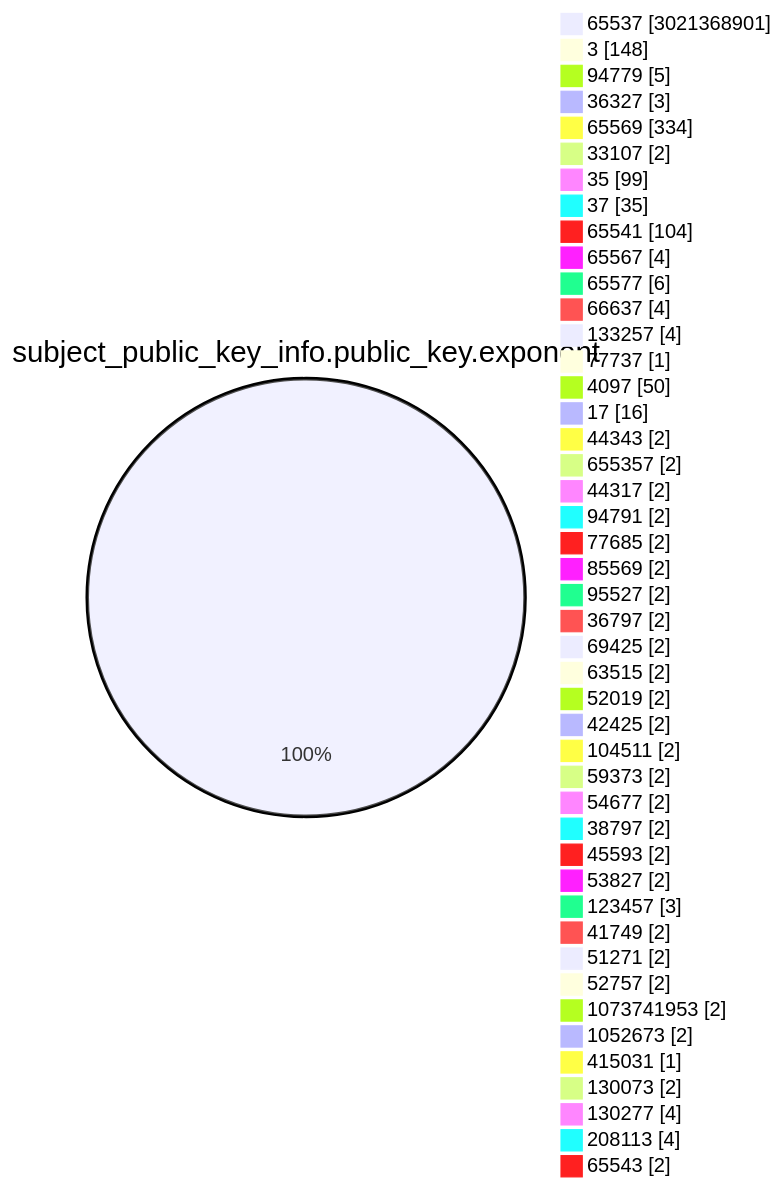
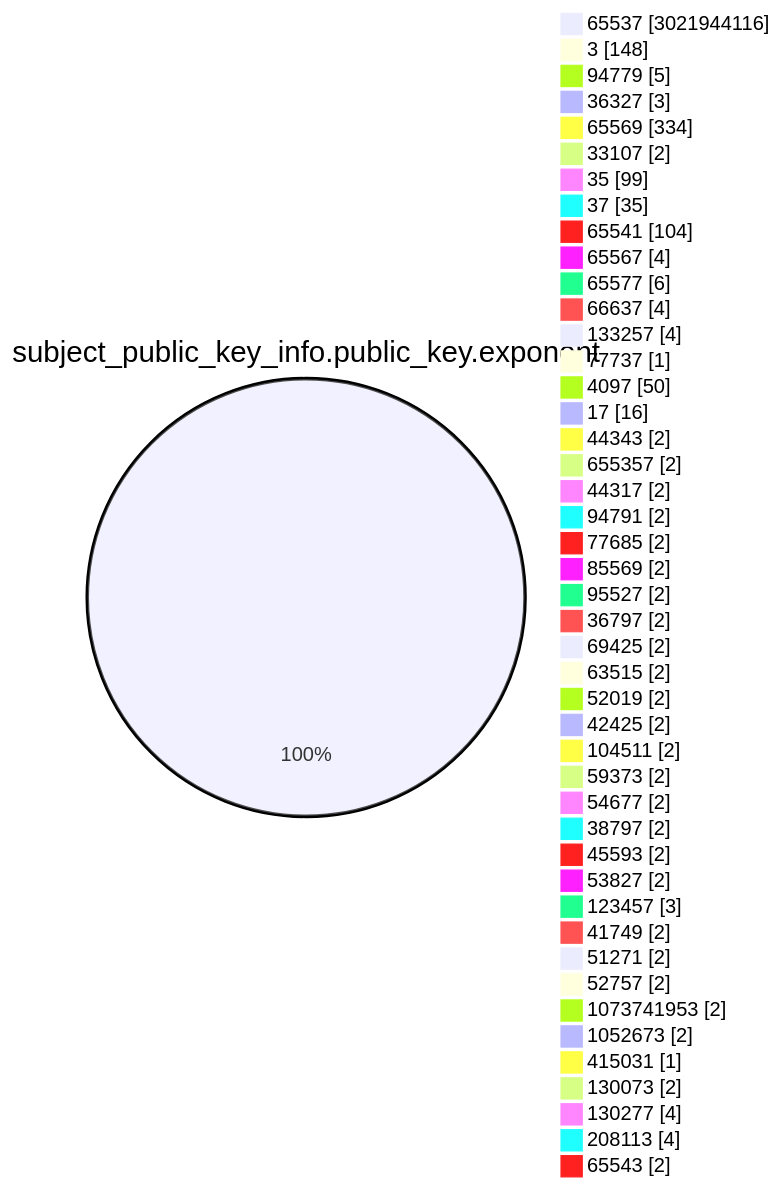
One commit to christiankrug/ctmonitor_visualization changed the fourth of 15 diagrams in TOTAL/README.md. Above: the diagram before and after it, drawn with Mermaid. The commit also changed other lines of this file, not shown here.

````diff
--- a/TOTAL/README.md
+++ b/TOTAL/README.md
@@ -1473,49 +1473,49 @@
 ```mermaid
 pie showData
 title subject_public_key_info.public_key.exponent
-"65537" :3021368901
+"65537" :3021944116
 "3" :148
 "94779" :5
 "36327" :3
 "65569" :334
 "33107" :2
 "35" :99
 "37" :35
 "65541" :104
 "65567" :4
 "65577" :6
 "66637" :4
 "133257" :4
 "77737" :1
 "4097" :50
 "17" :16
 "44343" :2
 "655357" :2
 "44317" :2
 "94791" :2
 "77685" :2
 "85569" :2
 "95527" :2
 "36797" :2
 "69425" :2
 "63515" :2
 "52019" :2
 "42425" :2
 "104511" :2
 "59373" :2
 "54677" :2
 "38797" :2
 "45593" :2
 "53827" :2
 "123457" :3
 "41749" :2
 "51271" :2
 "52757" :2
 "1073741953" :2
 "1052673" :2
 "415031" :1
 "130073" :2
 "130277" :4
 "208113" :4
 "65543" :2
 ```
````
